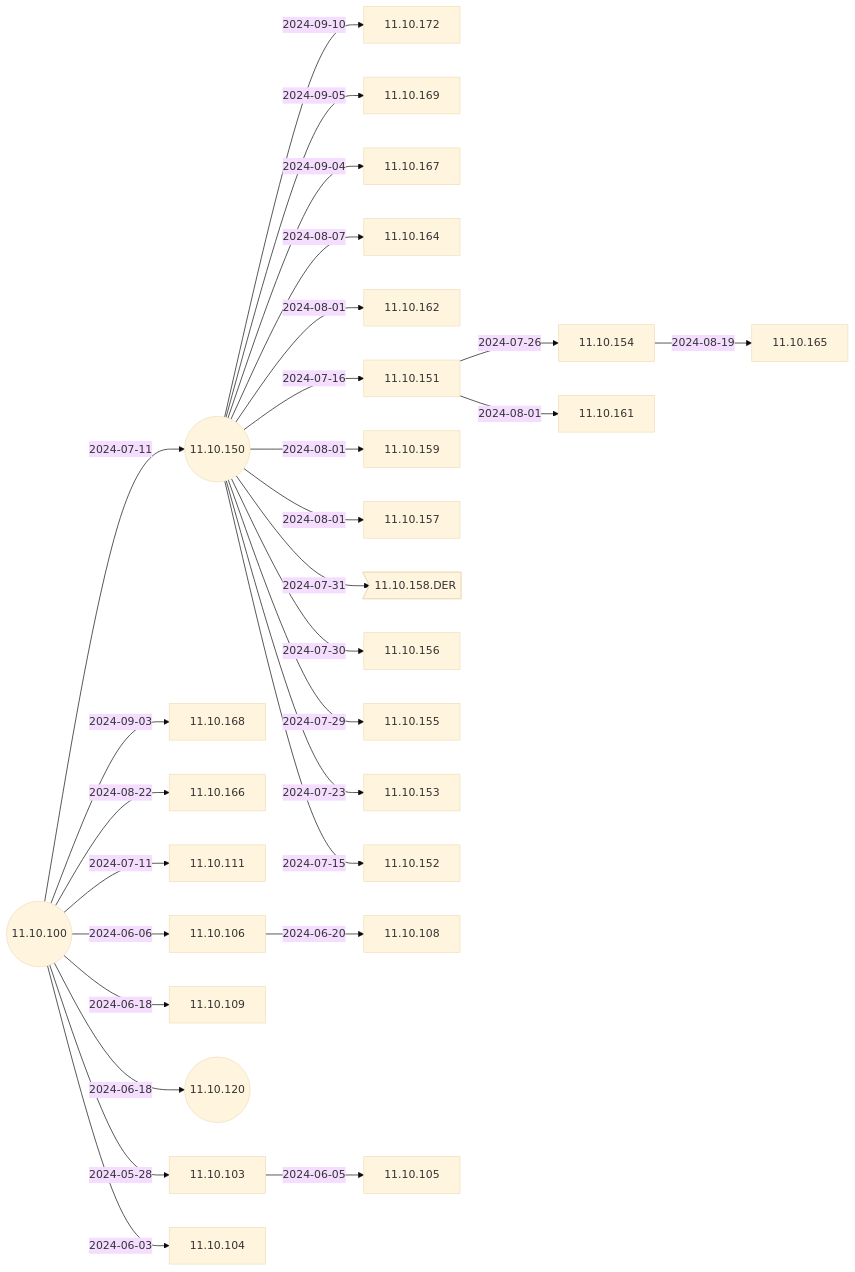
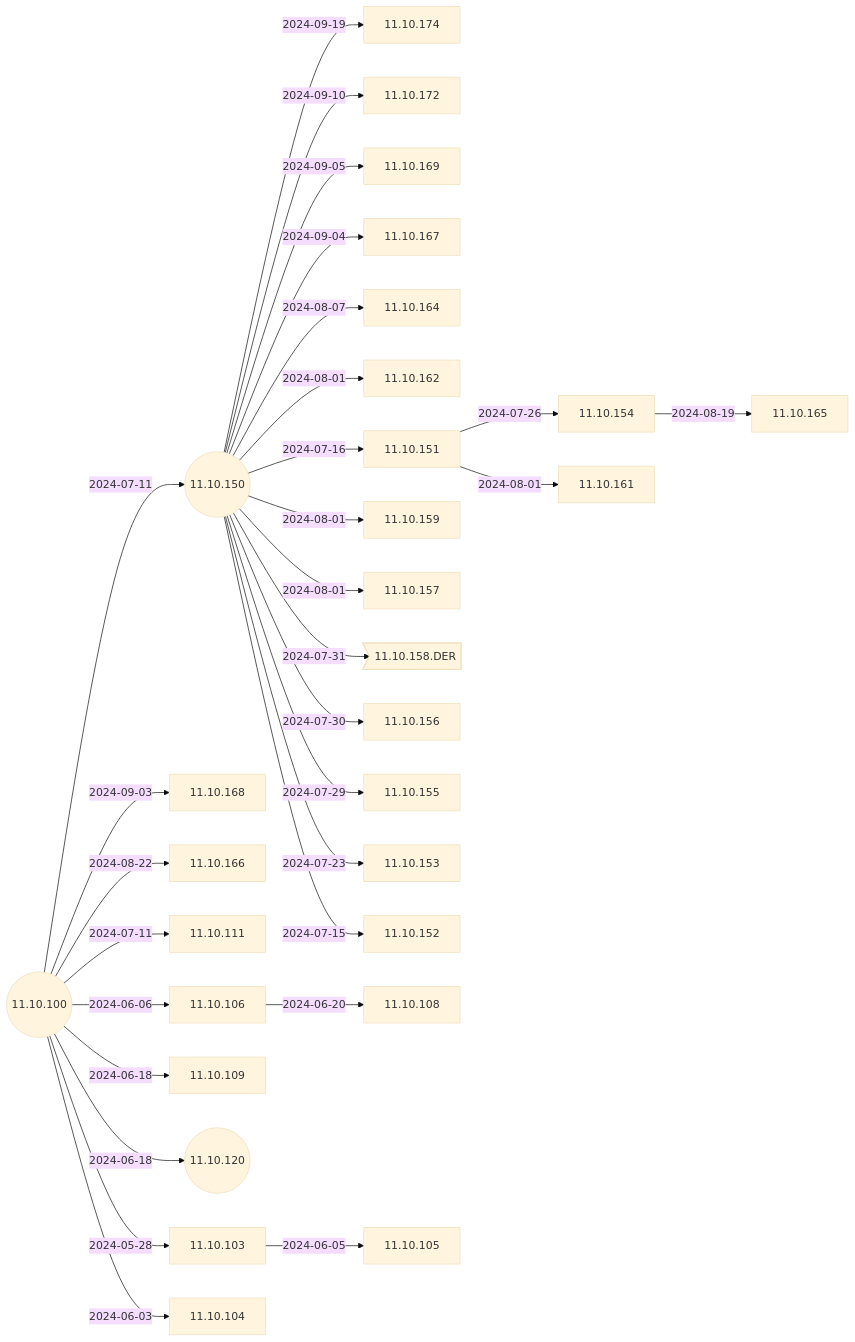
Before and after one commit to IGEL-Community/IGEL-Docs-v02: the second of 6 diagrams in docs/Docs/ReleaseNotes/01-OS11/README.md, drawn with Mermaid (base theme). The commit also changed 2 other files, not shown here.

Commit message:
11.10.174 < 11.10.150 11.10.174 < 11.10.150

````diff
--- a/docs/Docs/ReleaseNotes/01-OS11/README.md
+++ b/docs/Docs/ReleaseNotes/01-OS11/README.md
@@ -41,59 +41,61 @@
 ```mermaid
 flowchart LR
+    11.10.150-- 2024-09-19 -->11.10.174
     11.10.150-- 2024-09-10 -->11.10.172
     11.10.150-- 2024-09-05 -->11.10.169
     11.10.150-- 2024-09-04 -->11.10.167
     11.10.100-- 2024-09-03 -->11.10.168
     11.10.100-- 2024-08-22 -->11.10.166
     11.10.154-- 2024-08-19 -->11.10.165
     11.10.150-- 2024-08-07 -->11.10.164
     11.10.150-- 2024-08-01 -->11.10.162
     11.10.151-- 2024-08-01 -->11.10.161
     11.10.150-- 2024-08-01 -->11.10.159
     11.10.150-- 2024-08-01 -->11.10.157
     11.10.150-- 2024-07-31 -->11.10.158.DER>11.10.158.DER]
     11.10.150-- 2024-07-30 -->11.10.156
     11.10.150-- 2024-07-29 -->11.10.155
     11.10.151-- 2024-07-26 -->11.10.154
     11.10.150-- 2024-07-23 -->11.10.153
     11.10.150-- 2024-07-16 -->11.10.151
     11.10.150-- 2024-07-15 -->11.10.152
     11.10.100-- 2024-07-11 -->11.10.150((11.10.150))
     11.10.100-- 2024-07-11 -->11.10.111
     11.10.106-- 2024-06-20 -->11.10.108
     11.10.100-- 2024-06-18 -->11.10.109
     11.10.100-- 2024-06-18 -->11.10.120((11.10.120))
     11.10.100-- 2024-06-06 -->11.10.106
     11.10.103-- 2024-06-05 -->11.10.105
     11.10.100-- 2024-06-03 -->11.10.104
     11.10.100-- 2024-05-28 -->11.10.103
     11.10.100((11.10.100))
+    click 11.10.174 "https://github.com/IGEL-Community/IGEL-Docs-v02/tree/main/docs/Docs/ReleaseNotes/01-OS11/readme11.10.174.txt" _blank
     click 11.10.172 "https://github.com/IGEL-Community/IGEL-Docs-v02/tree/main/docs/Docs/ReleaseNotes/01-OS11/readme11.10.172.txt" _blank
     click 11.10.169 "https://github.com/IGEL-Community/IGEL-Docs-v02/tree/main/docs/Docs/ReleaseNotes/01-OS11/readme11.10.169.txt" _blank
     click 11.10.167 "https://github.com/IGEL-Community/IGEL-Docs-v02/tree/main/docs/Docs/ReleaseNotes/01-OS11/readme11.10.167.txt" _blank
     click 11.10.168 "https://github.com/IGEL-Community/IGEL-Docs-v02/tree/main/docs/Docs/ReleaseNotes/01-OS11/readme11.10.168.txt" _blank
     click 11.10.166 "https://github.com/IGEL-Community/IGEL-Docs-v02/tree/main/docs/Docs/ReleaseNotes/01-OS11/readme11.10.166.txt" _blank
     click 11.10.165 "https://github.com/IGEL-Community/IGEL-Docs-v02/tree/main/docs/Docs/ReleaseNotes/01-OS11/readme11.10.165.txt" _blank
     click 11.10.164 "https://github.com/IGEL-Community/IGEL-Docs-v02/tree/main/docs/Docs/ReleaseNotes/01-OS11/readme11.10.164.txt" _blank
     click 11.10.162 "https://github.com/IGEL-Community/IGEL-Docs-v02/tree/main/docs/Docs/ReleaseNotes/01-OS11/readme11.10.162.txt" _blank
     click 11.10.161 "https://github.com/IGEL-Community/IGEL-Docs-v02/tree/main/docs/Docs/ReleaseNotes/01-OS11/readme11.10.161.txt" _blank
     click 11.10.159 "https://github.com/IGEL-Community/IGEL-Docs-v02/tree/main/docs/Docs/ReleaseNotes/01-OS11/readme11.10.159.txt" _blank
     click 11.10.157 "https://github.com/IGEL-Community/IGEL-Docs-v02/tree/main/docs/Docs/ReleaseNotes/01-OS11/readme11.10.157.txt" _blank
     click 11.10.158.DER "https://github.com/IGEL-Community/IGEL-Docs-v02/tree/main/docs/Docs/ReleaseNotes/01-OS11/readme11.10.158.DER.txt" _blank
     click 11.10.156 "https://github.com/IGEL-Community/IGEL-Docs-v02/tree/main/docs/Docs/ReleaseNotes/01-OS11/readme11.10.156.txt" _blank
     click 11.10.155 "https://github.com/IGEL-Community/IGEL-Docs-v02/tree/main/docs/Docs/ReleaseNotes/01-OS11/readme11.10.155.txt" _blank
     click 11.10.154 "https://github.com/IGEL-Community/IGEL-Docs-v02/tree/main/docs/Docs/ReleaseNotes/01-OS11/readme11.10.154.txt" _blank
     click 11.10.153 "https://github.com/IGEL-Community/IGEL-Docs-v02/tree/main/docs/Docs/ReleaseNotes/01-OS11/readme11.10.153.txt" _blank
     click 11.10.151 "https://github.com/IGEL-Community/IGEL-Docs-v02/tree/main/docs/Docs/ReleaseNotes/01-OS11/readme11.10.151.txt" _blank
     click 11.10.152 "https://github.com/IGEL-Community/IGEL-Docs-v02/tree/main/docs/Docs/ReleaseNotes/01-OS11/readme11.10.152.txt" _blank
     click 11.10.111 "https://github.com/IGEL-Community/IGEL-Docs-v02/tree/main/docs/Docs/ReleaseNotes/01-OS11/readme11.10.111.txt" _blank
     click 11.10.150 "https://github.com/IGEL-Community/IGEL-Docs-v02/tree/main/docs/Docs/ReleaseNotes/01-OS11/readme11.10.150.txt" _blank
     click 11.10.108 "https://github.com/IGEL-Community/IGEL-Docs-v02/tree/main/docs/Docs/ReleaseNotes/01-OS11/readme11.10.108.txt" _blank
     click 11.10.109 "https://github.com/IGEL-Community/IGEL-Docs-v02/tree/main/docs/Docs/ReleaseNotes/01-OS11/readme11.10.109.txt" _blank
     click 11.10.120 "https://github.com/IGEL-Community/IGEL-Docs-v02/tree/main/docs/Docs/ReleaseNotes/01-OS11/readme11.10.120.txt" _blank
     click 11.10.106 "https://github.com/IGEL-Community/IGEL-Docs-v02/tree/main/docs/Docs/ReleaseNotes/01-OS11/readme11.10.106.txt" _blank
     click 11.10.105 "https://github.com/IGEL-Community/IGEL-Docs-v02/tree/main/docs/Docs/ReleaseNotes/01-OS11/readme11.10.105.txt" _blank
     click 11.10.104 "https://github.com/IGEL-Community/IGEL-Docs-v02/tree/main/docs/Docs/ReleaseNotes/01-OS11/readme11.10.104.txt" _blank
     click 11.10.103 "https://github.com/IGEL-Community/IGEL-Docs-v02/tree/main/docs/Docs/ReleaseNotes/01-OS11/readme11.10.103.txt" _blank
     click 11.10.100 "https://github.com/IGEL-Community/IGEL-Docs-v02/tree/main/docs/Docs/ReleaseNotes/01-OS11/readme11.10.100.txt" _blank
 ```
````
